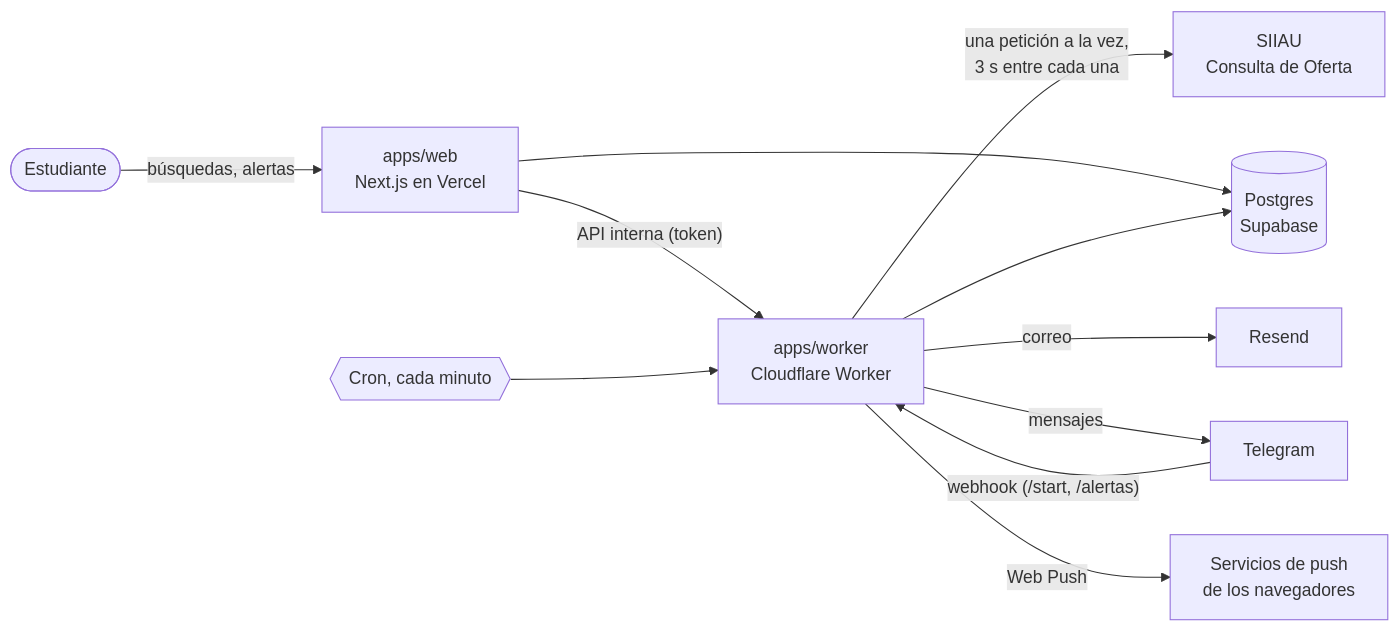
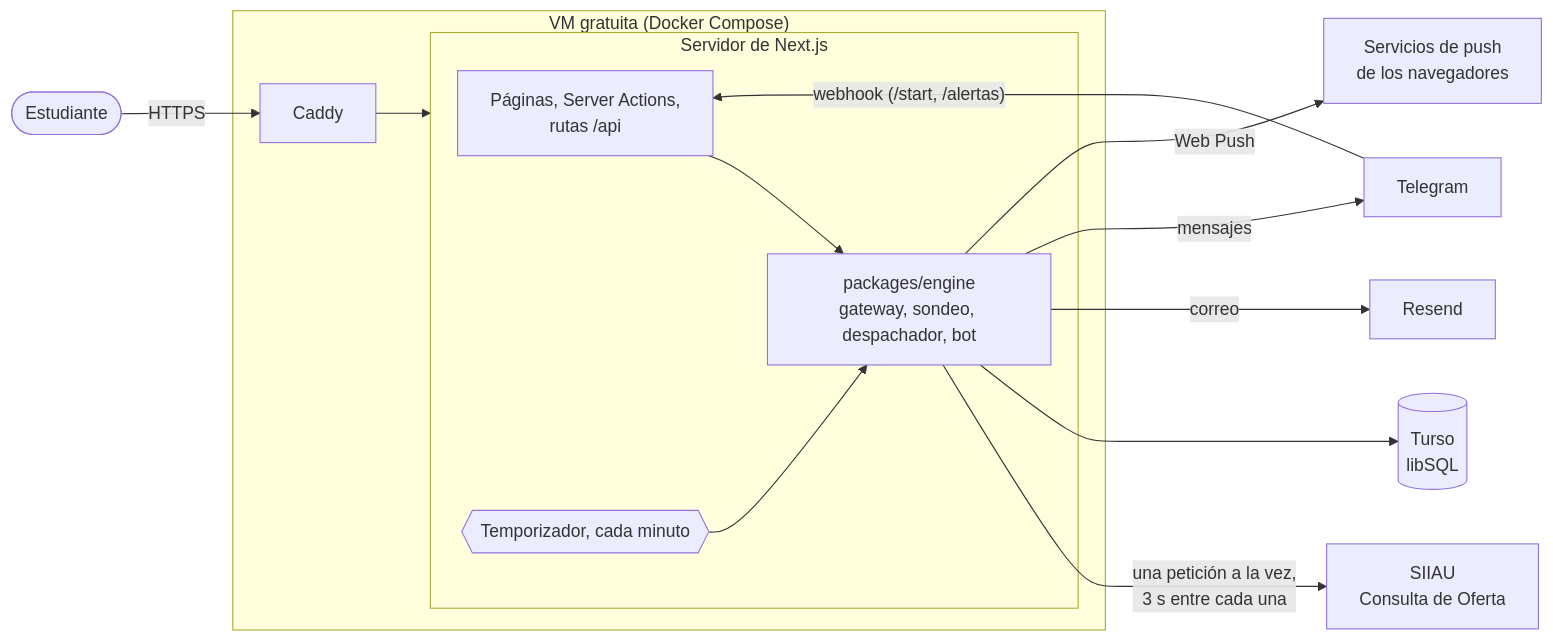
One commit to marvin7460/SiiauAlarma changed the diagram in README.es.md. Above: the diagram before and after it, drawn with Mermaid. The commit also changed other lines of this file and 6 other files, not shown here.

First line of the commit message:
docs: Turso, one Next.js app and a VM deploy

````diff
--- a/README.es.md
+++ b/README.es.md
@@ -64,13 +65,21 @@
 ```mermaid
 flowchart LR
-  student([Estudiante]) -- "búsquedas, alertas" --> web["apps/web<br/>Next.js en Vercel"]
-  web -- "API interna (token)" --> worker["apps/worker<br/>Cloudflare Worker"]
-  web --> db[("Postgres<br/>Supabase")]
-  cron{{"Cron, cada minuto"}} --> worker
-  worker -- "una petición a la vez,<br/>3 s entre cada una" --> siiau["SIIAU<br/>Consulta de Oferta"]
-  worker --> db
-  worker -- correo --> resend[Resend]
-  worker -- mensajes --> telegram[Telegram]
-  telegram -- "webhook (/start, /alertas)" --> worker
-  worker -- "Web Push" --> push["Servicios de push<br/>de los navegadores"]
+  student([Estudiante]) -- "HTTPS" --> caddy[Caddy]
+  caddy --> app
+  subgraph vm["VM gratuita (Docker Compose)"]
+    caddy
+    subgraph app["Servidor de Next.js"]
+      pages["Páginas, Server Actions,<br/>rutas /api"]
+      engine["packages/engine<br/>gateway, sondeo, despachador, bot"]
+      cron{{"Temporizador, cada minuto"}}
+      pages --> engine
+      cron --> engine
+    end
+  end
+  engine -- "una petición a la vez,<br/>3 s entre cada una" --> siiau["SIIAU<br/>Consulta de Oferta"]
+  engine --> db[("Turso<br/>libSQL")]
+  engine -- correo --> resend[Resend]
+  engine -- mensajes --> telegram[Telegram]
+  telegram -- "webhook (/start, /alertas)" --> pages
+  engine -- "Web Push" --> push["Servicios de push<br/>de los navegadores"]
 ```
````
